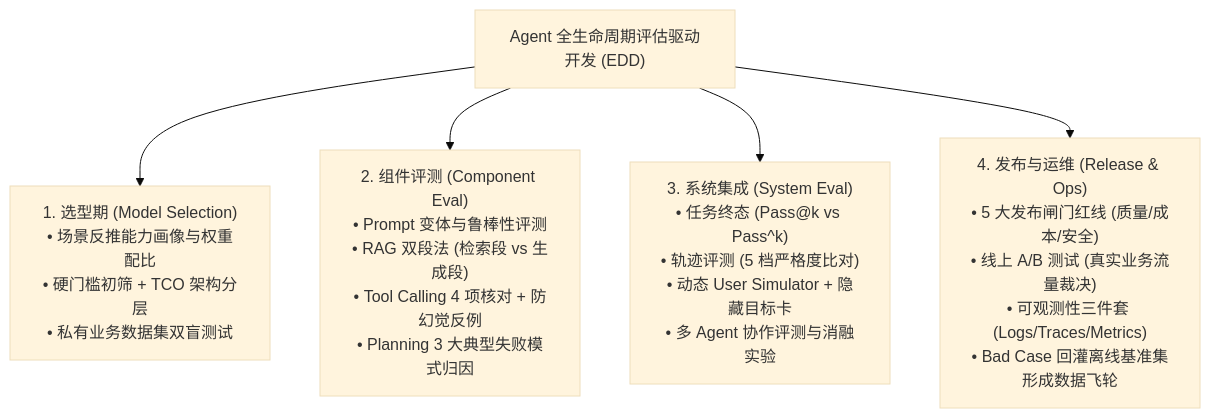
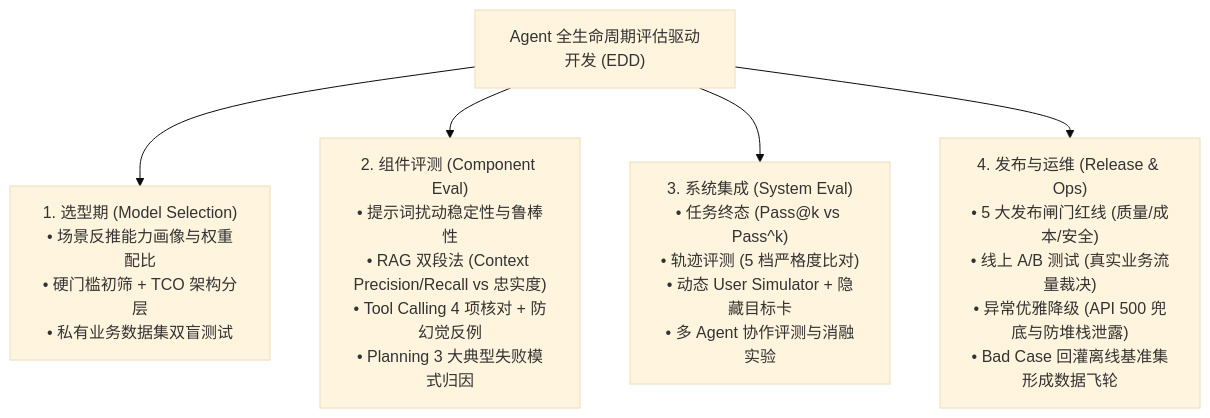
One commit to Anlon-27/awesome-agent-eval changed the diagram in README.md. Above: the diagram before and after it, drawn with Mermaid (base theme). The commit also changed other lines of this file and 3 other files, not shown here.

Commit message:
feat: Add core quality dimensions (RAG effectiveness, prompt perturbation, schema integrity & API fallback)

````diff
--- a/README.md
+++ b/README.md
@@ -28,7 +28,7 @@
 ```mermaid
 graph TD
     A["Agent 全生命周期评估驱动开发 (EDD)"] --> B["1. 选型期 (Model Selection)<br/>• 场景反推能力画像与权重配比<br/>• 硬门槛初筛 + TCO 架构分层<br/>• 私有业务数据集双盲测试"]
-    A --> C["2. 组件评测 (Component Eval)<br/>• Prompt 变体与鲁棒性评测<br/>• RAG 双段法 (检索段 vs 生成段)<br/>• Tool Calling 4 项核对 + 防幻觉反例<br/>• Planning 3 大典型失败模式归因"]
+    A --> C["2. 组件评测 (Component Eval)<br/>• 提示词扰动稳定性与鲁棒性<br/>• RAG 双段法 (Context Precision/Recall vs 忠实度)<br/>• Tool Calling 4 项核对 + 防幻觉反例<br/>• Planning 3 大典型失败模式归因"]
     A --> D["3. 系统集成 (System Eval)<br/>• 任务终态 (Pass@k vs Pass^k)<br/>• 轨迹评测 (5 档严格度比对)<br/>• 动态 User Simulator + 隐藏目标卡<br/>• 多 Agent 协作评测与消融实验"]
-    A --> E["4. 发布与运维 (Release & Ops)<br/>• 5 大发布闸门红线 (质量/成本/安全)<br/>• 线上 A/B 测试 (真实业务流量裁决)<br/>• 可观测性三件套 (Logs/Traces/Metrics)<br/>• Bad Case 回灌离线基准集形成数据飞轮"]
+    A --> E["4. 发布与运维 (Release & Ops)<br/>• 5 大发布闸门红线 (质量/成本/安全)<br/>• 线上 A/B 测试 (真实业务流量裁决)<br/>• 异常优雅降级 (API 500 兜底与防堆栈泄露)<br/>• Bad Case 回灌离线基准集形成数据飞轮"]
 ```
````
